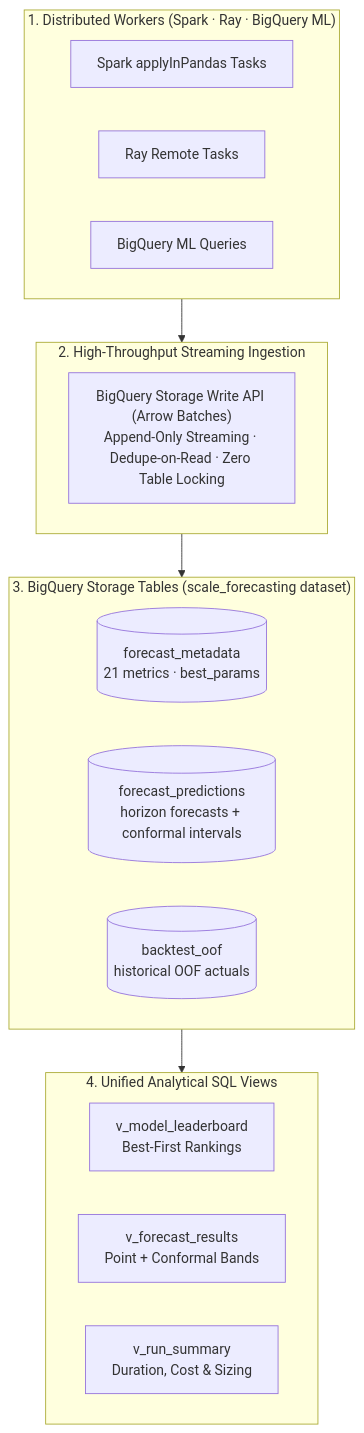
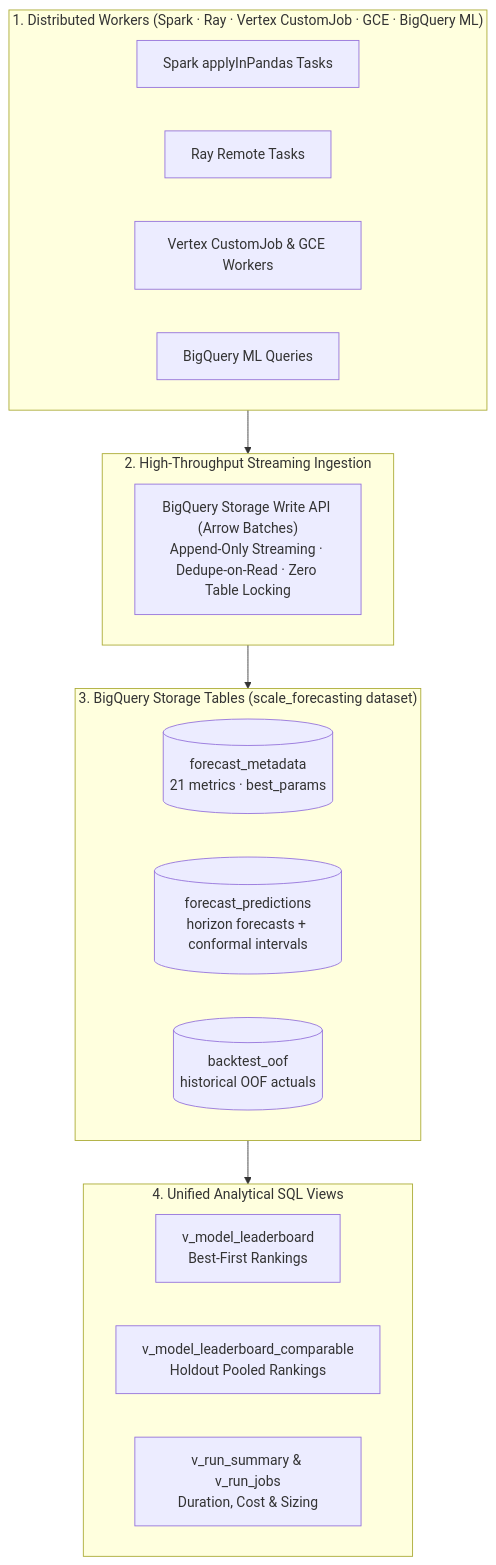
Before and after one commit to statmike/scale-forecasting: the third of 6 diagrams in README.md, drawn with Mermaid. The commit also changed other lines of this file and 69 other files, not shown here.

First line of the commit message:
feat(compute): add vertex and gce runtimes, unified compute params, GPU-VM catalog, and AGENTS.md

````diff
--- a/README.md
+++ b/README.md
@@ -488,30 +497,31 @@
 ```mermaid
 flowchart TD
-    subgraph Workers["1. Distributed Workers (Spark · Ray · BigQuery ML)"]
+    subgraph Workers["1. Distributed Workers (Spark · Ray · Vertex CustomJob · GCE · BigQuery ML)"]
         direction LR
         W1["Spark applyInPandas Tasks"]
         W2["Ray Remote Tasks"]
-        W3["BigQuery ML Queries"]
+        W3["Vertex CustomJob & GCE Workers"]
+        W4["BigQuery ML Queries"]
     end
 
     subgraph Ingest["2. High-Throughput Streaming Ingestion"]
         direction LR
         Stream["BigQuery Storage Write API (Arrow Batches)<br/>Append-Only Streaming · Dedupe-on-Read · Zero Table Locking"]
     end
 
     subgraph Tables["3. BigQuery Storage Tables (scale_forecasting dataset)"]
         direction LR
         T1[("forecast_metadata<br/>21 metrics · best_params")]
         T2[("forecast_predictions<br/>horizon forecasts + conformal intervals")]
         T3[("backtest_oof<br/>historical OOF actuals")]
     end
 
     subgraph Views["4. Unified Analytical SQL Views"]
         direction LR
         V1["v_model_leaderboard<br/>Best-First Rankings"]
-        V2["v_forecast_results<br/>Point + Conformal Bands"]
-        V3["v_run_summary<br/>Duration, Cost & Sizing"]
+        V2["v_model_leaderboard_comparable<br/>Holdout Pooled Rankings"]
+        V3["v_run_summary & v_run_jobs<br/>Duration, Cost & Sizing"]
     end
 
     Workers --> Ingest --> Tables --> Views
 ```
````
